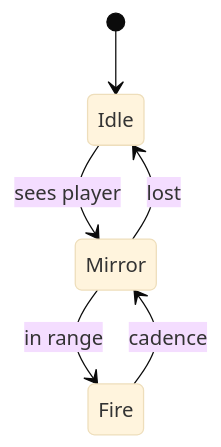
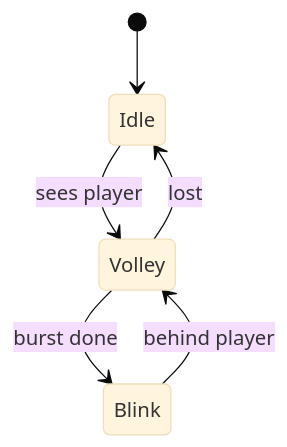
Before and after one commit to lownpho/mages: diagram 29 of 45 in design/docs/enemies.md, drawn with Mermaid (base theme). The commit also changed other lines of this file and 80 other files, not shown here.

````diff
--- a/design/docs/enemies.md
+++ b/design/docs/enemies.md
@@ -692,8 +908,8 @@
 ```mermaid
 stateDiagram-v2
     [*] --> Idle
-    Idle --> Mirror : sees player
-    Mirror --> Fire : in range
-    Fire --> Mirror : cadence
-    Mirror --> Idle : lost
+    Idle --> Volley : sees player
+    Volley --> Blink : burst done
+    Blink --> Volley : behind player
+    Volley --> Idle : lost
 ```
````
